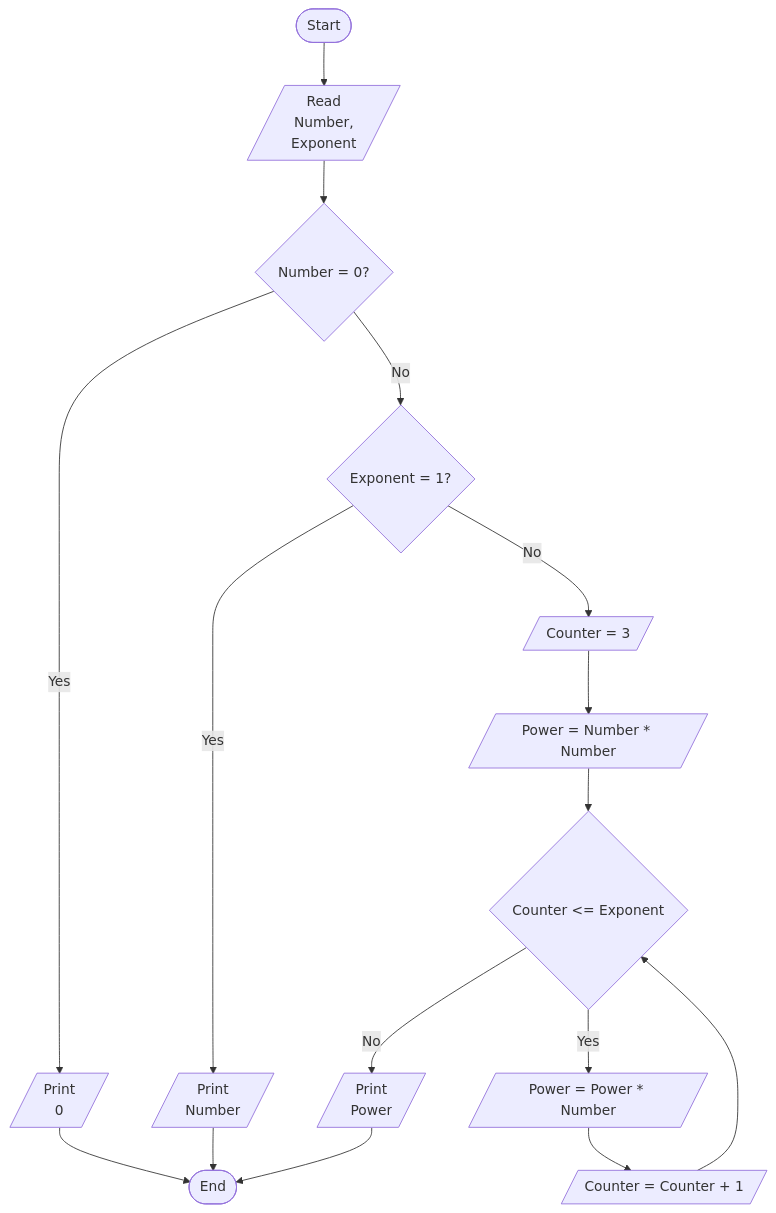
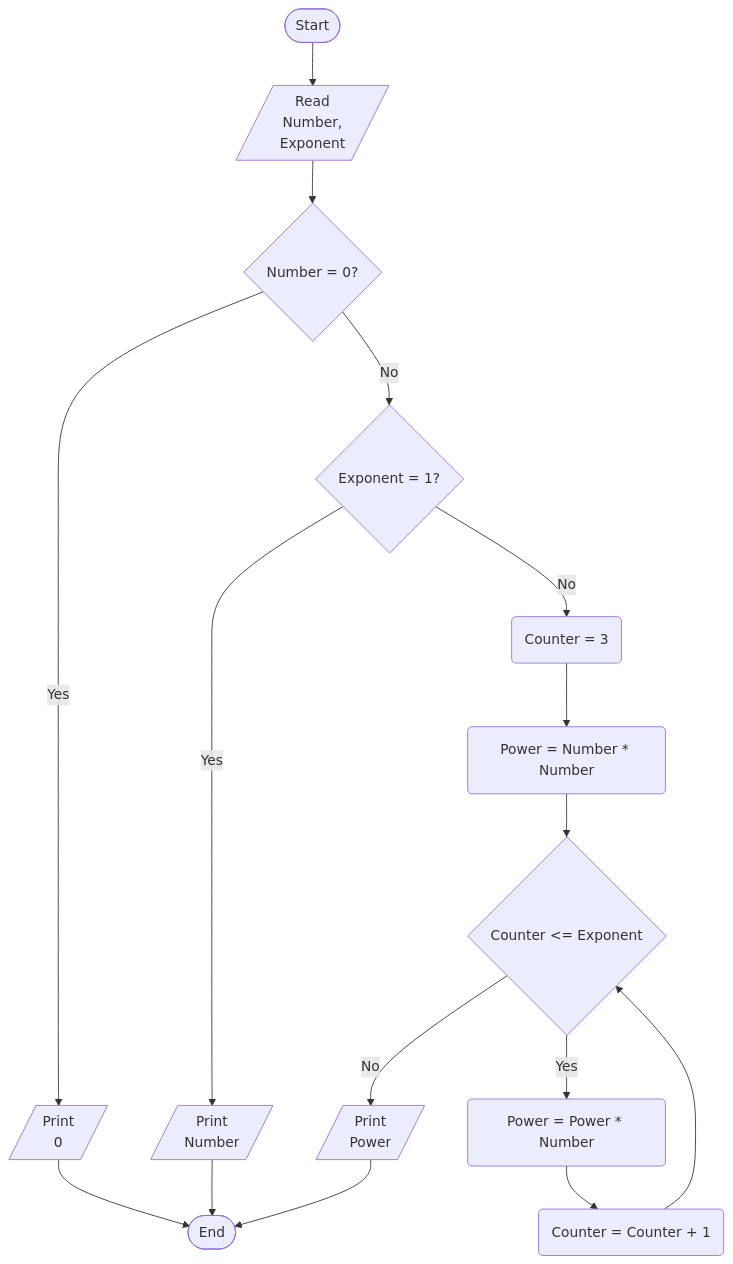
One commit to M4MD24/Algorithms-and-Problem-Solving-Level-1-by-Programming-Advices changed the diagram in src/_30_problem_32/Problem32.mmd. Above: the diagram before and after it, drawn with Mermaid.

Commit message:
# Edit Solved Problem 32

```diff
--- a/src/_30_problem_32/Problem32.mmd
+++ b/src/_30_problem_32/Problem32.mmd
@@ -1,31 +1,31 @@
 %% Write a program to ask the user to enter
 %% • Number
 %% • Exponent
 %% Then print the Number^Exponent
 %% Steps
-%% Step 1: Ask the user to enter Number
+%% Step 1: Ask the user to enter (Number, Exponent)
 %% Step 2: If Number = 0 then Print 0
 %% Step 3: If Exponent = 1 then Print Number
 %% Step 4: Counter = 2
 %% Step 5: Power = Number * Number
 %% Step 6: Recursion (Power = Power * Number) if Counter less than and equal Exponent, from 2 to Exponent
 %% Step 7: Print Power
 
 flowchart TD
     Start([Start])
     ReadNumberAndExponent[/Read\nNumber,\nExponent/]
     IsNumberEqualTo0{Number = 0?}
     Print0[/Print\n0/]
     IsExponentEqualTo1{Exponent = 1?}
     PrintNumber[/Print\nNumber/]
-    Counter[/Counter = 3/]
-    Power[/Power = Number * Number/]
+    Counter(Counter = 3)
+    Power(Power = Number * Number)
     IsCounterLessThanAndEqualExponent{Counter <= Exponent}
-    IncreasePower[/Power = Power * Number/]
-    IncreaseCounter[/Counter = Counter + 1/]
+    IncreasePower(Power = Power * Number)
+    IncreaseCounter(Counter = Counter + 1)
     PrintPower[/Print\nPower/]
     End([End])
     Start --> ReadNumberAndExponent --> IsNumberEqualTo0 -- Yes --> Print0 --> End
     IsNumberEqualTo0 -- No --> IsExponentEqualTo1 -- Yes --> PrintNumber --> End
     IsExponentEqualTo1 -- No --> Counter --> Power --> IsCounterLessThanAndEqualExponent -- Yes --> IncreasePower --> IncreaseCounter --> IsCounterLessThanAndEqualExponent
     IsCounterLessThanAndEqualExponent -- No --> PrintPower --> End
```
